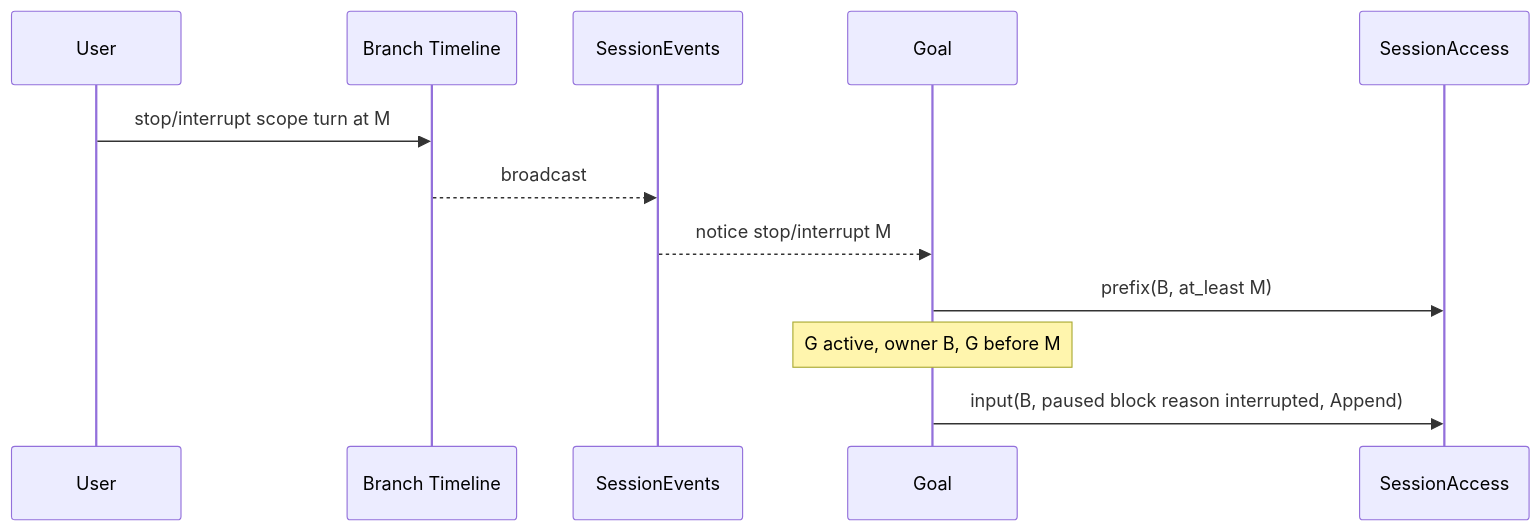
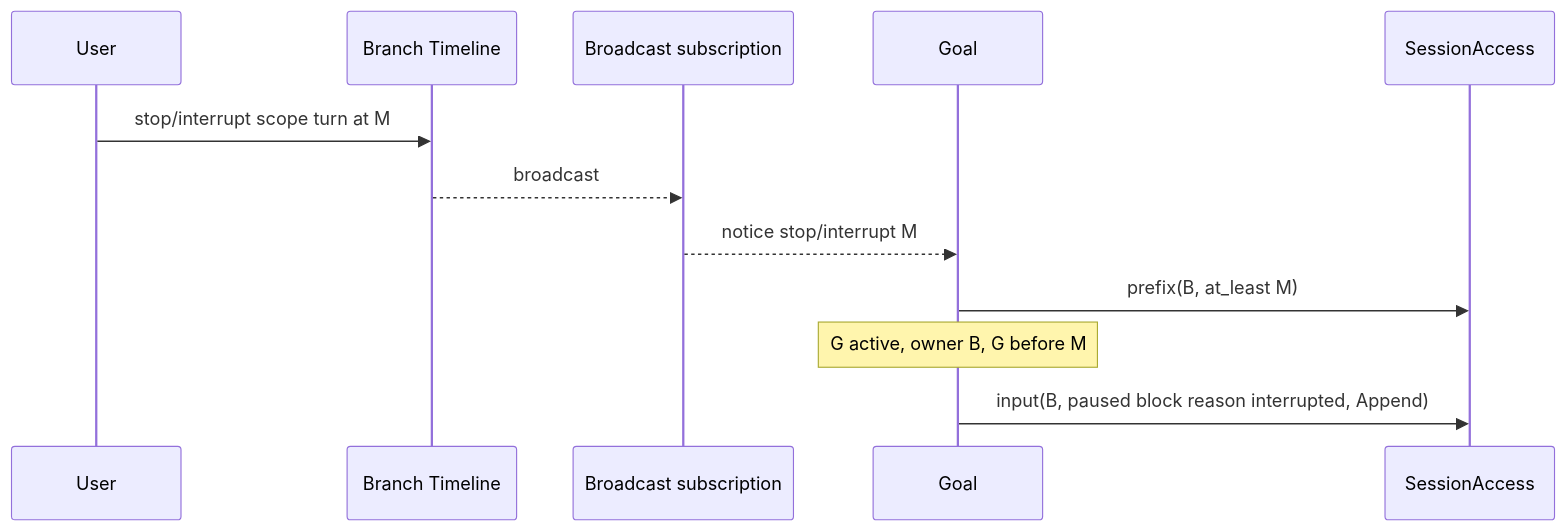
The fifth of 7 diagrams in docs/design/plugins/Goal.md (CoutinhoTTS/dim-agent), drawn with Mermaid before and after one commit. The commit also changed other lines of this file and 3 other files, not shown here.

````diff
--- a/docs/design/plugins/Goal.md
+++ b/docs/design/plugins/Goal.md
@@ -135,14 +135,14 @@
 ```mermaid
 sequenceDiagram
   participant User
   participant TL as Branch Timeline
-  participant SE as SessionEvents
+  participant SE as Broadcast subscription
   participant Goal
   participant SA as SessionAccess
   User->>TL: stop/interrupt scope turn at M
   TL-->>SE: broadcast
   SE-->>Goal: notice stop/interrupt M
   Goal->>SA: prefix(B, at_least M)
   Note over Goal: G active, owner B, G before M
   Goal->>SA: input(B, paused block reason interrupted, Append)
 ```
````
